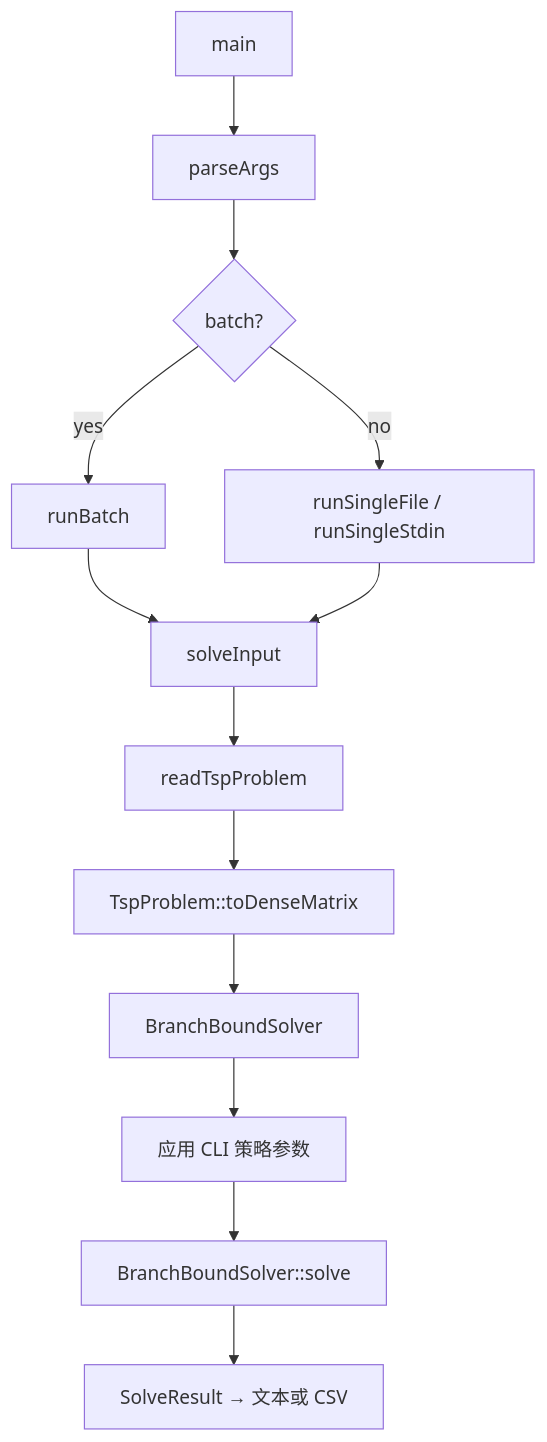
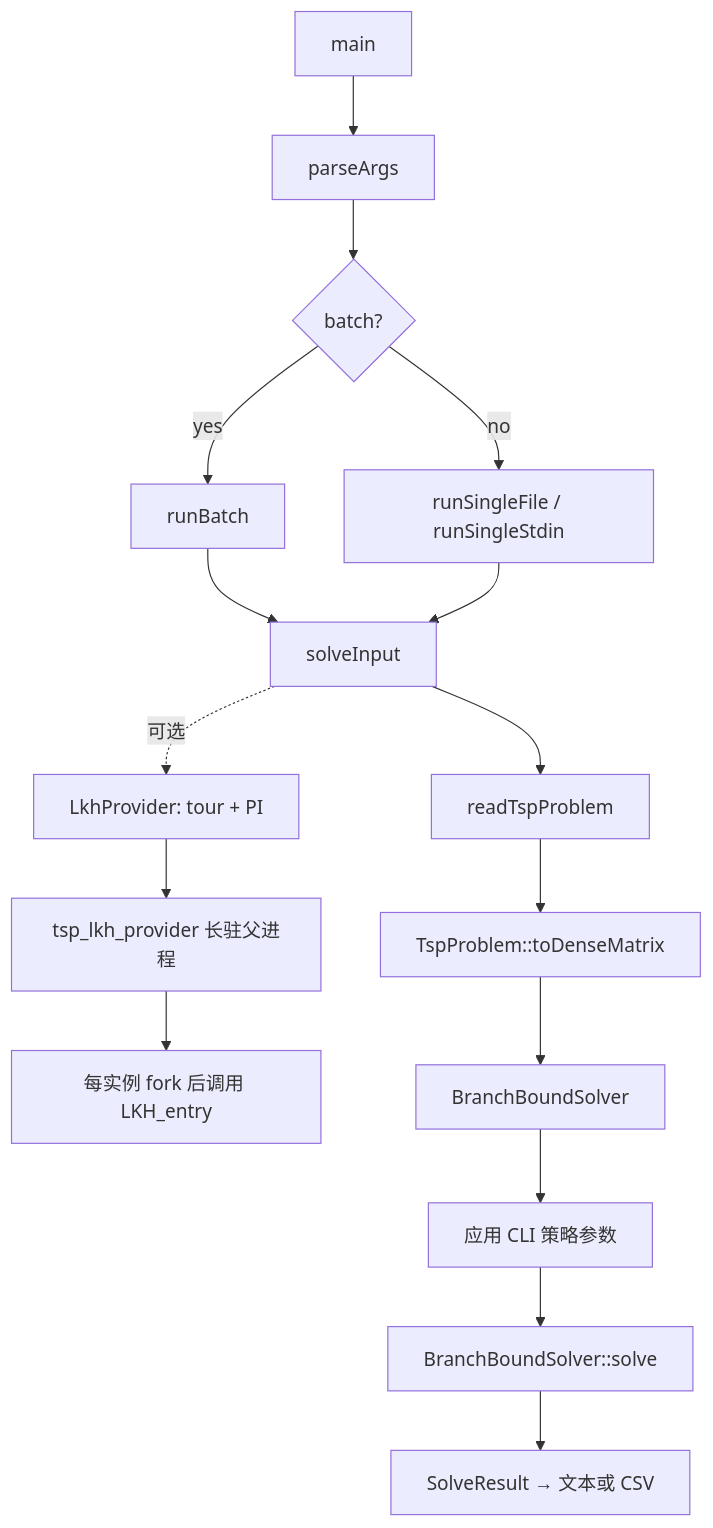
The first of 3 diagrams in docs/CPHKMST-source-reading-guide.md (rAyanami-zqy/TSP), drawn with Mermaid before and after one commit. The commit also changed other lines of this file and 15 other files, not shown here.

````diff
--- a/docs/CPHKMST-source-reading-guide.md
+++ b/docs/CPHKMST-source-reading-guide.md
@@ -67,15 +69,18 @@
 ```mermaid
 flowchart TD
     Main[main] --> Parse[parseArgs]
     Parse --> Mode{batch?}
     Mode -- yes --> Batch[runBatch]
     Mode -- no --> Single[runSingleFile / runSingleStdin]
     Batch --> SolveInput[solveInput]
     Single --> SolveInput
     SolveInput --> Read[readTspProblem]
+    SolveInput -. 可选 .-> Provider[LkhProvider: tour + PI]
+    Provider --> Worker[tsp_lkh_provider 长驻父进程]
+    Worker --> Child[每实例 fork 后调用 LKH_entry]
     Read --> Dense[TspProblem::toDenseMatrix]
     Dense --> Construct[BranchBoundSolver]
     Construct --> Configure[应用 CLI 策略参数]
     Configure --> Solve[BranchBoundSolver::solve]
     Solve --> Output[SolveResult → 文本或 CSV]
 ```
````
